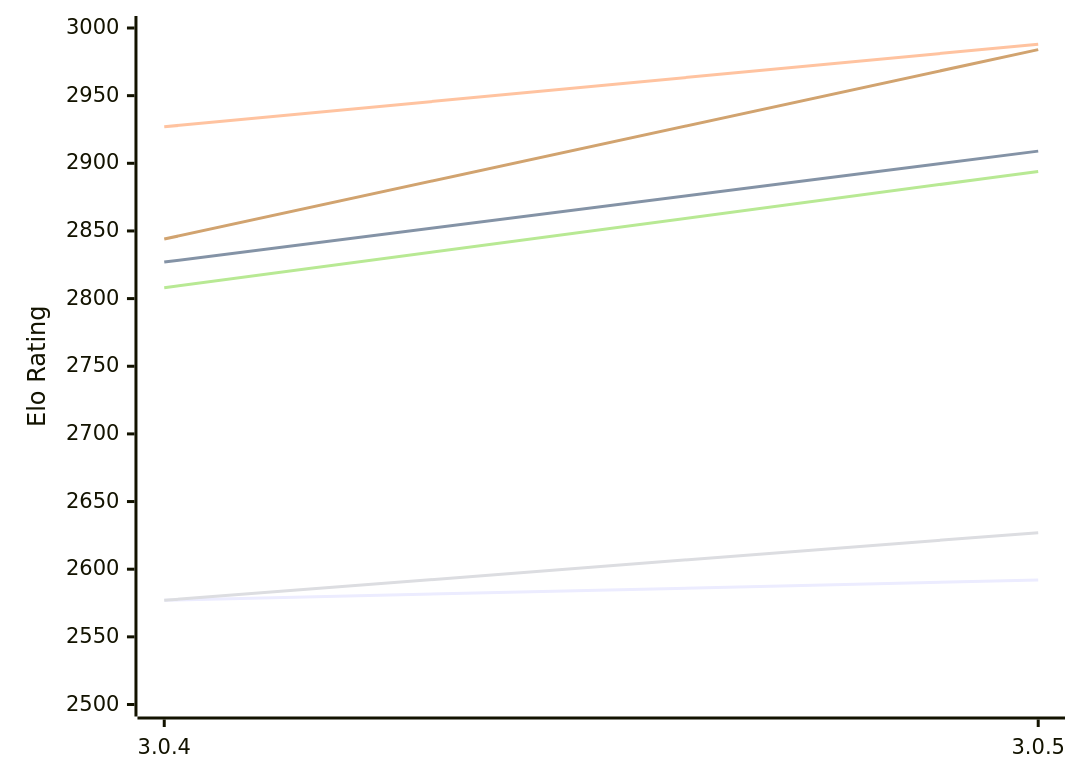
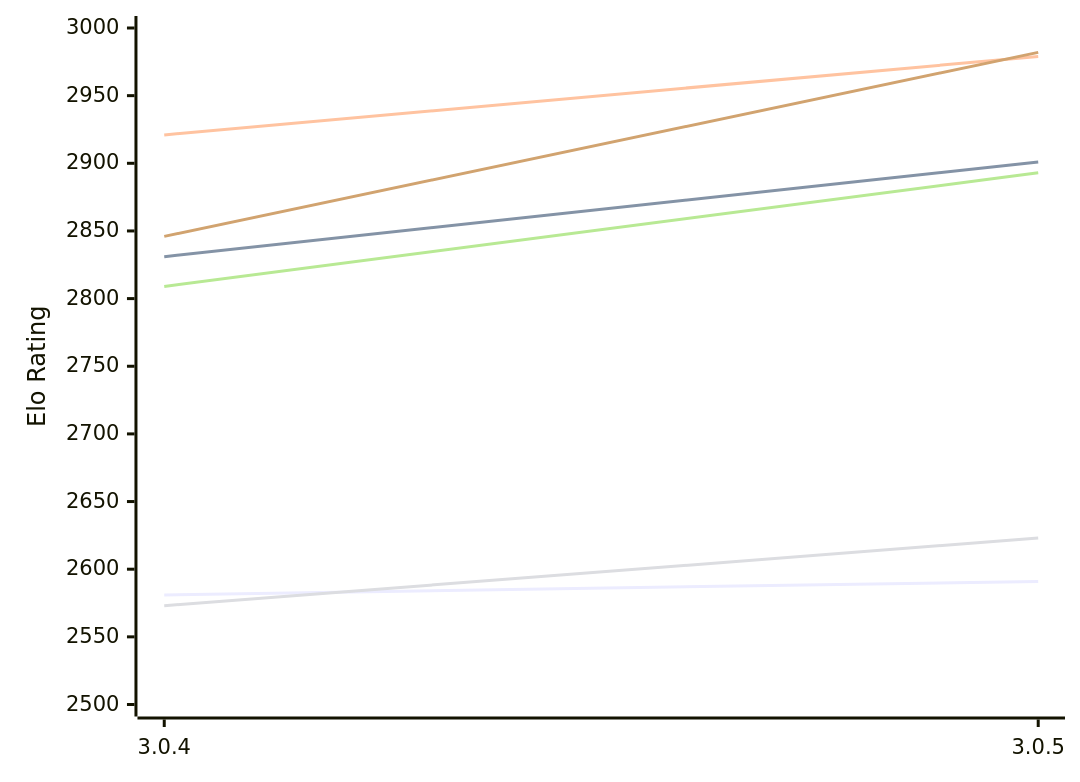
One commit to computer-chess-index/cci changed the first of 2 diagrams in engines/Rudim.md. Above: the diagram before and after it, drawn with Mermaid. The commit also changed other lines of this file, not shown here.

Commit message:
Update CCI Ratings (ELO VLTC) - 2026-11-26

````diff
--- a/engines/Rudim.md
+++ b/engines/Rudim.md
@@ -59,12 +59,12 @@
 ```mermaid
 %%{init: {"theme":"base","themeVariables":{"seriesColors:['#a3a3a3','#222221','#faa371']}}}%%
 xychart-beta
   x-axis ["3.0.4", "3.0.5"]
   y-axis "Elo Rating" 2500 --> 3000
-  line "E1: STC (8.0+0.08s)" [2577, 2592]
-  line "E1: LTC (60.0+0.60s)" [2827, 2909]
-  line "E1: VLTC (2m24s+1.12s)" [2927, 2988]
-  line "P1: STC (8.0+0.08s)" [2577, 2627]
-  line "P1: LTC (60.0+0.60s)" [2808, 2894]
-  line "P1: VLTC (2m24s+1.12s)" [2844, 2984]
+  line "E1: STC (8.0+0.08s)" [2581, 2591]
+  line "E1: LTC (60.0+0.60s)" [2831, 2901]
+  line "E1: VLTC (2m24s+1.12s)" [2921, 2979]
+  line "P1: STC (8.0+0.08s)" [2573, 2623]
+  line "P1: LTC (60.0+0.60s)" [2809, 2893]
+  line "P1: VLTC (2m24s+1.12s)" [2846, 2982]
 ```
````
